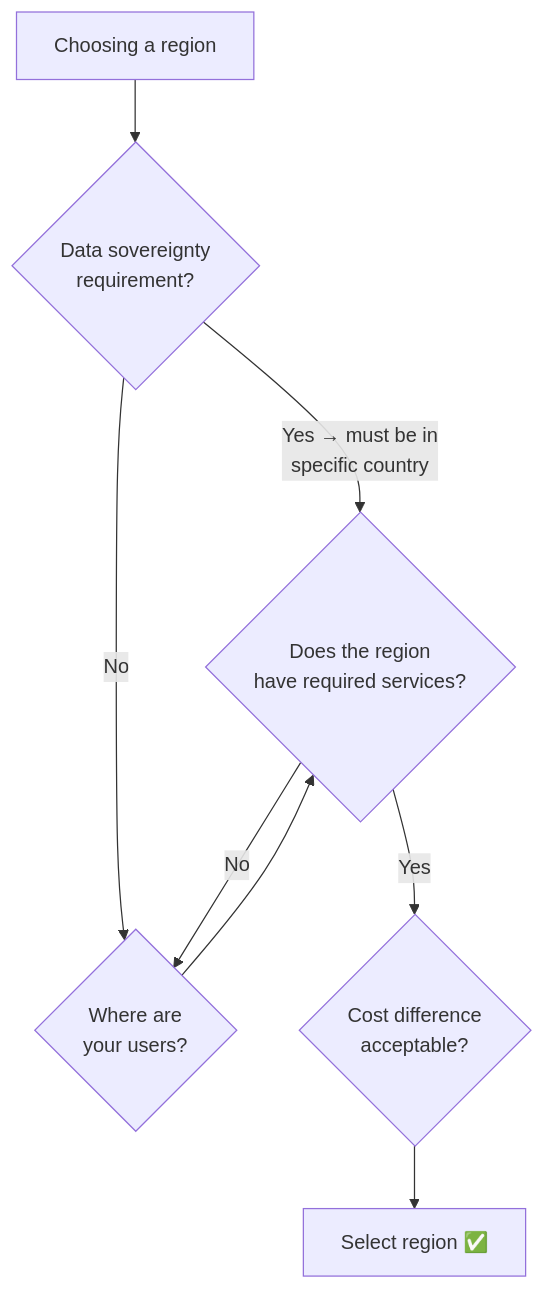
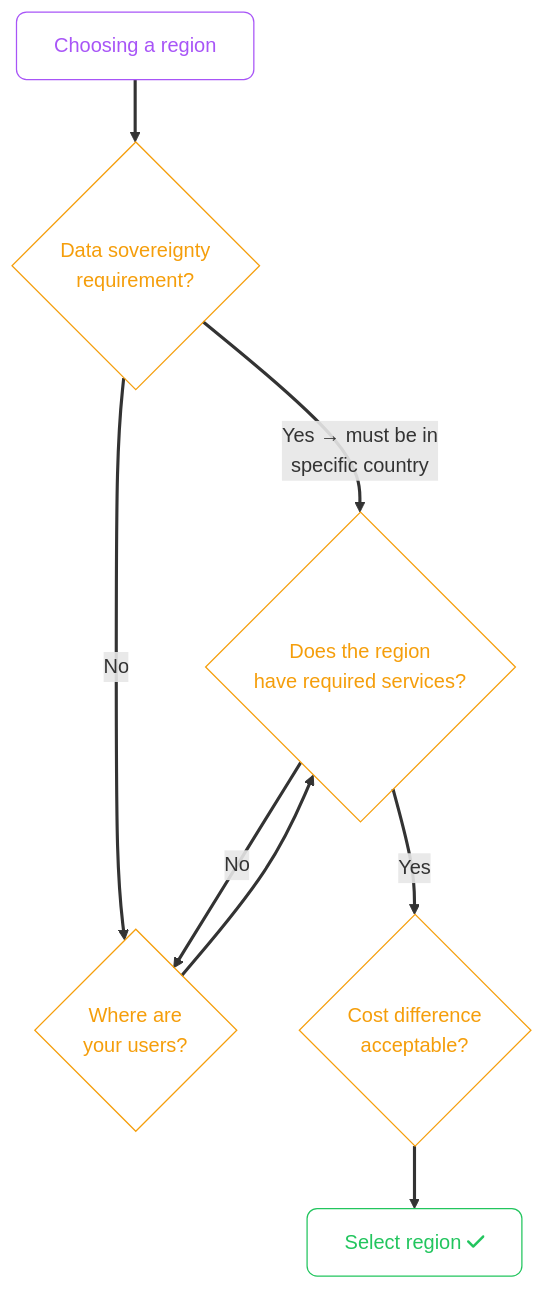
Before and after one commit to zafarale/cloudification: the second of 5 diagrams in src/content/cloud/aws/01-intro.mdx, drawn with Mermaid. The commit also changed other lines of this file and 84 other files, not shown here.

````diff
--- a/src/content/cloud/aws/01-intro.mdx
+++ b/src/content/cloud/aws/01-intro.mdx
@@ -68,17 +74,25 @@
 ```mermaid
 flowchart TD
-    START["Choosing a region"]
-    DATA{"Data sovereignty\nrequirement?"}
-    LATENCY{"Where are\nyour users?"}
-    SERVICES{"Does the region\nhave required services?"}
-    COST{"Cost difference\nacceptable?"}
-    REGION["Select region ✅"]
+    accTitle: Choosing a Region
+    accDescr: Flowchart (td) showing Choosing a region, Data sovereignty requirement, Where are your users
+    classDef step fill:none,stroke:#a855f7,color:#a855f7,rx:8,ry:8
+    classDef ok   fill:none,stroke:#22c55e,color:#22c55e,rx:8,ry:8
+    classDef fail fill:none,stroke:#ef4444,color:#ef4444,rx:8,ry:8
+    classDef decesion fill:none,stroke:#f59e0b,color:#f59e0b,rx:8,ry:8
+    linkStyle default stroke-width:2.5px
+
+    START["Choosing a region"]:::step
+    DATA{"Data sovereignty<br/>requirement?"}:::decesion
+    LATENCY{"Where are<br/>your users?"}:::decesion
+    SERVICES{"Does the region<br/>have required services?"}:::decesion
+    COST{"Cost difference<br/>acceptable?"}:::decesion
+    REGION["Select region fa:fa-check"]:::ok
 
     START --> DATA
-    DATA -- "Yes → must be in\nspecific country" --> SERVICES
+    DATA -- "Yes → must be in<br/>specific country" --> SERVICES
     DATA -- "No" --> LATENCY
     LATENCY --> SERVICES
     SERVICES -- "Yes" --> COST
     SERVICES -- "No" --> LATENCY
     COST --> REGION
 ```
````
